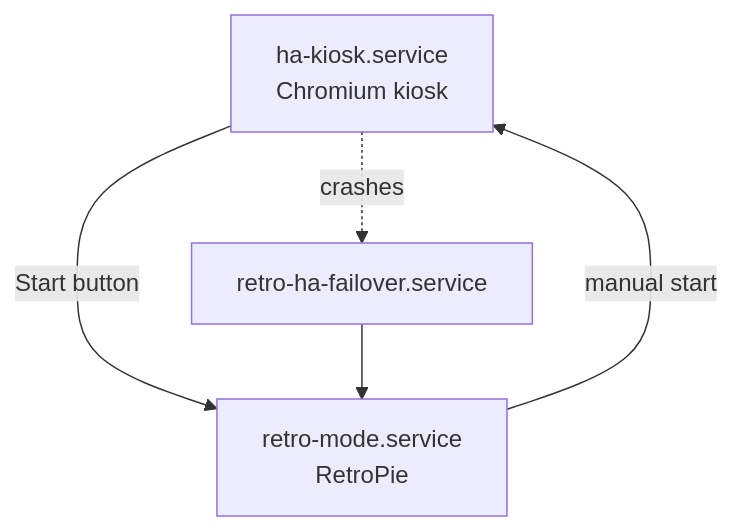
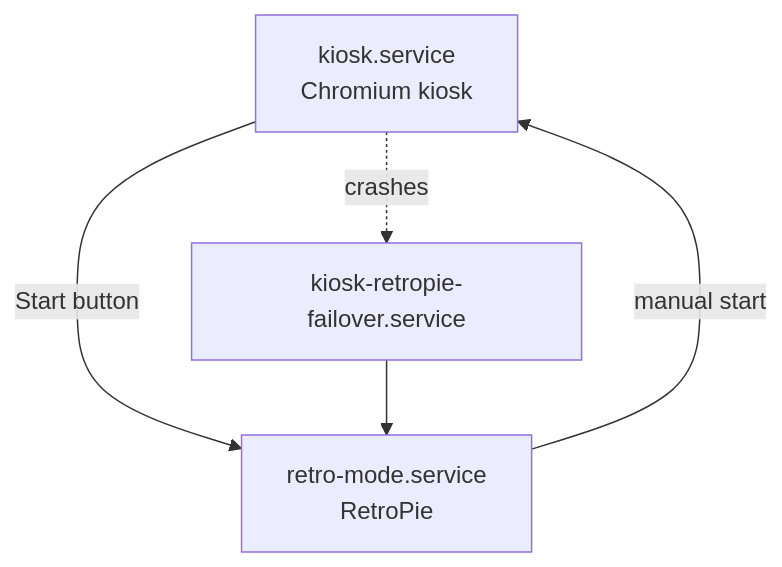
One commit to theaussiepom/retro-ha-appliance changed the first of 3 diagrams in README.md. Above: the diagram before and after it, drawn with Mermaid. The commit also changed other lines of this file and 130 other files, not shown here.

Commit message:
chore: rebrand to kiosk-retropie (#7)

````diff
--- a/README.md
+++ b/README.md
@@ -52,8 +52,8 @@
 ```mermaid
 flowchart TD
-  HA["ha-kiosk.service<br/>Chromium kiosk"] -->|Start button| RETRO["retro-mode.service<br/>RetroPie"]
-  RETRO -->|manual start| HA
+  KIOSK["kiosk.service<br/>Chromium kiosk"] -->|Start button| RETRO["retro-mode.service<br/>RetroPie"]
+  RETRO -->|manual start| KIOSK
 
-  HA -. crashes .-> FAIL[retro-ha-failover.service]
+  KIOSK -. crashes .-> FAIL[kiosk-retropie-failover.service]
   FAIL --> RETRO
 ```
````
